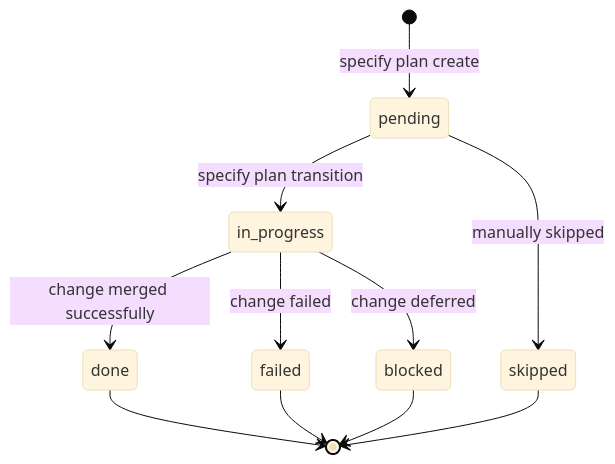
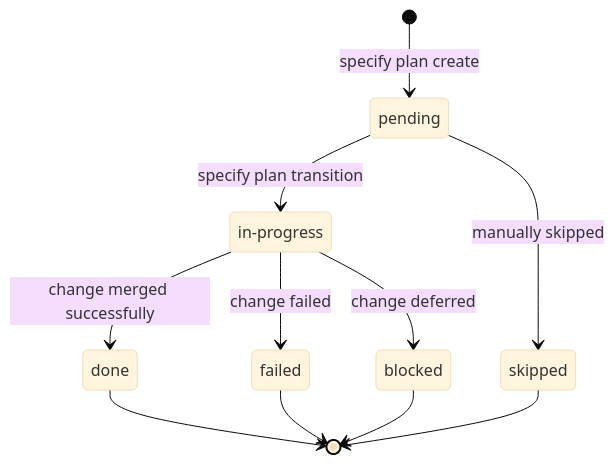
Before and after one commit to augentic/anvil: the second of 2 diagrams in docs/reference/lifecycle.md, drawn with Mermaid (base theme). The commit also changed other lines of this file and 3 other files, not shown here.

````diff
--- a/docs/reference/lifecycle.md
+++ b/docs/reference/lifecycle.md
@@ -69,14 +71,16 @@
 ```mermaid
 stateDiagram-v2
+    state "in-progress" as in_progress
+
     [*] --> pending: specify plan create
     pending --> in_progress: specify plan transition
     in_progress --> done: change merged successfully
     in_progress --> failed: change failed
     in_progress --> blocked: change deferred
     pending --> skipped: manually skipped
 
     done --> [*]
     failed --> [*]
     blocked --> [*]
     skipped --> [*]
 ```
````
